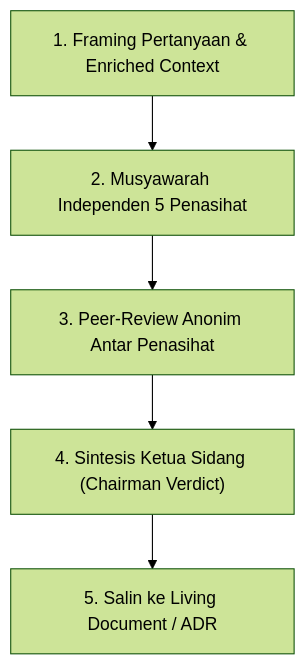
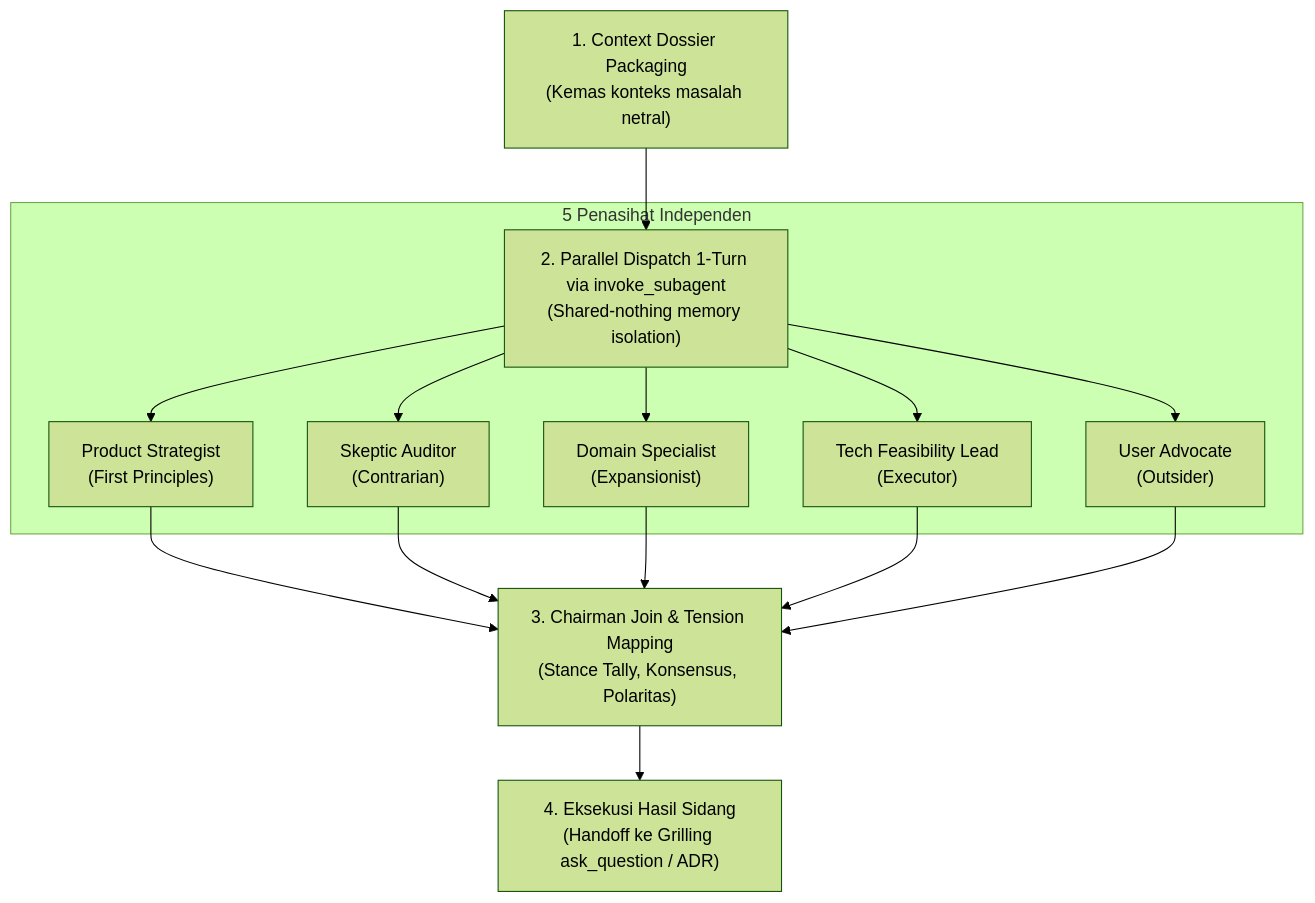
The diagram in skills/llm-council/SKILL.md (okyFaishal/pero-agent-skills), drawn with Mermaid (forest theme) before and after one commit. The commit also changed other lines of this file and 8 other files, not shown here.

````diff
--- a/skills/llm-council/SKILL.md
+++ b/skills/llm-council/SKILL.md
@@ -98,7 +103,20 @@
 ```mermaid
 flowchart TD
-    START["1. Framing Pertanyaan & Enriched Context"] --> DELIB["2. Musyawarah Independen 5 Penasihat"]
-    DELIB --> PEER["3. Peer-Review Anonim Antar Penasihat"]
-    PEER --> SYNTH["4. Sintesis Ketua Sidang (Chairman Verdict)"]
-    SYNTH --> ADR["5. Salin ke Living Document / ADR"]
+    START["1. Context Dossier Packaging<br/>(Kemas konteks masalah netral)"] --> DISPATCH["2. Parallel Dispatch 1-Turn via invoke_subagent<br/>(Shared-nothing memory isolation)"]
+    
+    subgraph PARALLEL["5 Penasihat Independen"]
+        DISPATCH --> P1["Product Strategist<br/>(First Principles)"]
+        DISPATCH --> P2["Skeptic Auditor<br/>(Contrarian)"]
+        DISPATCH --> P3["Domain Specialist<br/>(Expansionist)"]
+        DISPATCH --> P4["Tech Feasibility Lead<br/>(Executor)"]
+        DISPATCH --> P5["User Advocate<br/>(Outsider)"]
+    end
+
+    P1 --> JOIN["3. Chairman Join & Tension Mapping<br/>(Stance Tally, Konsensus, Polaritas)"]
+    P2 --> JOIN
+    P3 --> JOIN
+    P4 --> JOIN
+    P5 --> JOIN
+
+    JOIN --> OUTCOME["4. Eksekusi Hasil Sidang<br/>(Handoff ke Grilling ask_question / ADR)"]
 ```
````
